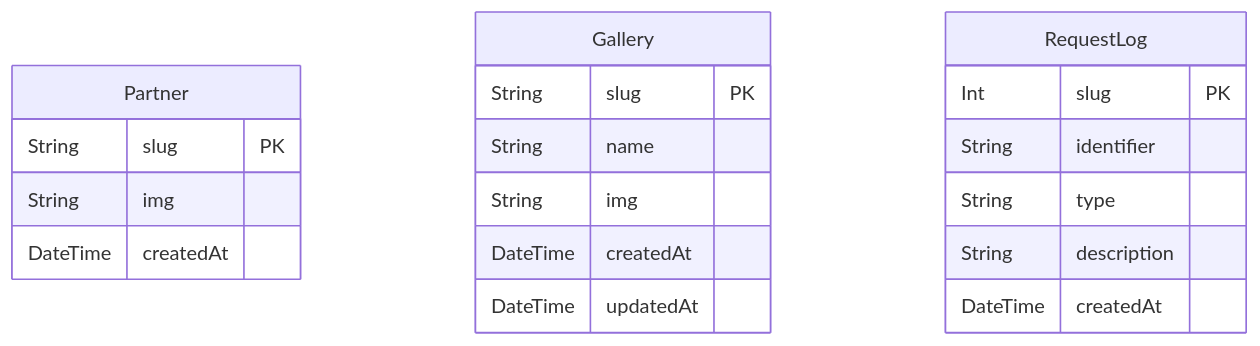
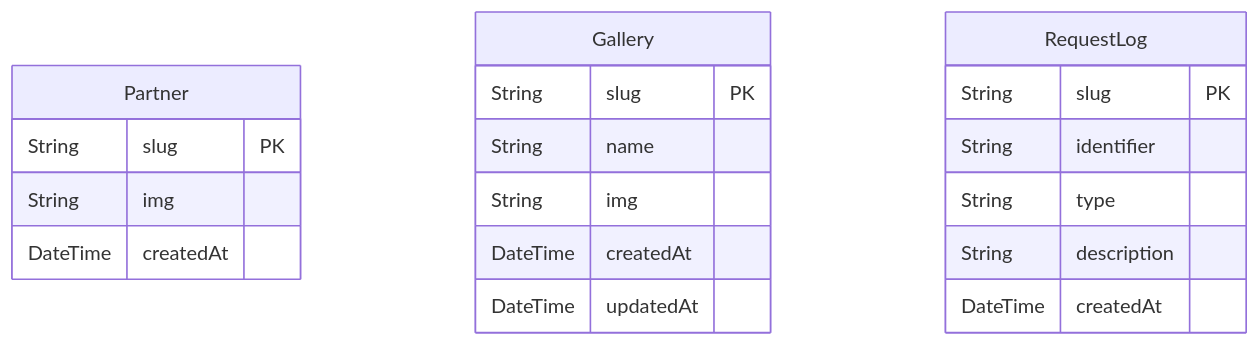
One commit to aymanbazyan/storeflow-docs changed the fifth of 5 diagrams in docs/01-Overview/02-Tech-Stack-Concepts.md. Above: the diagram before and after it, drawn with Mermaid. The commit also changed other lines of this file and 4 other files, not shown here.

````diff
--- a/docs/01-Overview/02-Tech-Stack-Concepts.md
+++ b/docs/01-Overview/02-Tech-Stack-Concepts.md
@@ -256,25 +256,25 @@
 ```mermaid
 erDiagram
 
     Partner {
         String slug PK
         String img
         DateTime createdAt
     }
 
     Gallery {
         String slug PK
         String name
         String img
         DateTime createdAt
         DateTime updatedAt
     }
 
     RequestLog {
-        Int slug PK
+        String slug PK
         String identifier
         String type
         String description
         DateTime createdAt
     }
 ```
````
